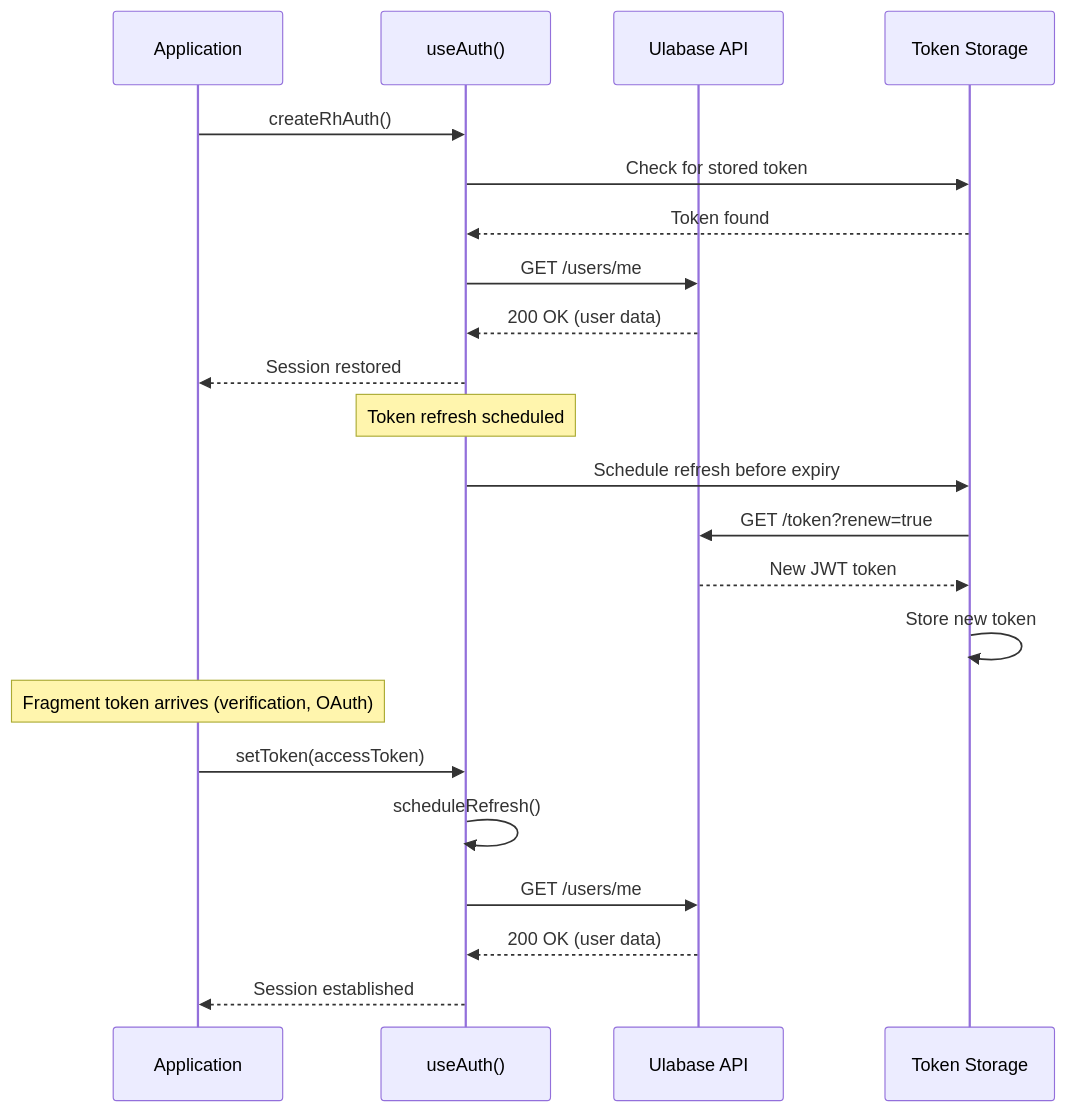
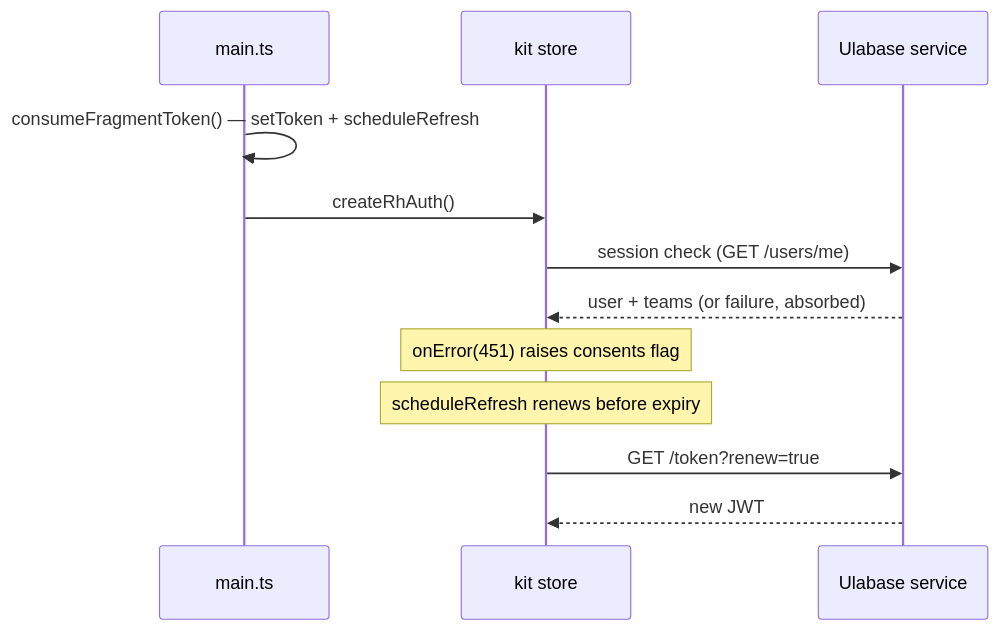
The second of 2 diagrams in openwiki/integrations/ulabase-kit-vue.md (ulabase/starter-vue), drawn with Mermaid before and after one commit. The commit also changed other lines of this file and 38 other files, not shown here.

````diff
--- a/openwiki/integrations/ulabase-kit-vue.md
+++ b/openwiki/integrations/ulabase-kit-vue.md
@@ -219,29 +120,16 @@
 ```mermaid
 sequenceDiagram
-    participant App as Application
-    participant Auth as useAuth()
-    participant API as Ulabase API
-    participant Token as Token Storage
+    participant Main as main.ts
+    participant Kit as kit store
+    participant API as Ulabase service
 
-    App->>Auth: createRhAuth()
-    Auth->>Token: Check for stored token
-    Token-->>Auth: Token found
-    Auth->>API: GET /users/me
-    API-->>Auth: 200 OK (user data)
-    Auth-->>App: Session restored
-    
-    Note over Auth: Token refresh scheduled
-    
-    Auth->>Token: Schedule refresh before expiry
-    Token->>API: GET /token?renew=true
-    API-->>Token: New JWT token
-    Token->>Token: Store new token
-    
-    Note over App: Fragment token arrives (verification, OAuth)
-    
-    App->>Auth: setToken(accessToken)
-    Auth->>Auth: scheduleRefresh()
-    Auth->>API: GET /users/me
-    API-->>Auth: 200 OK (user data)
-    Auth-->>App: Session established
+    Main->>Main: consumeFragmentToken() — setToken + scheduleRefresh
+    Main->>Kit: createRhAuth()
+    Kit->>API: session check (GET /users/me)
+    API-->>Kit: user + teams (or failure, absorbed)
+    Note over Kit: onError(451) raises consents flag
+
+    Note over Kit: scheduleRefresh renews before expiry
+    Kit->>API: GET /token?renew=true
+    API-->>Kit: new JWT
 ```
````
